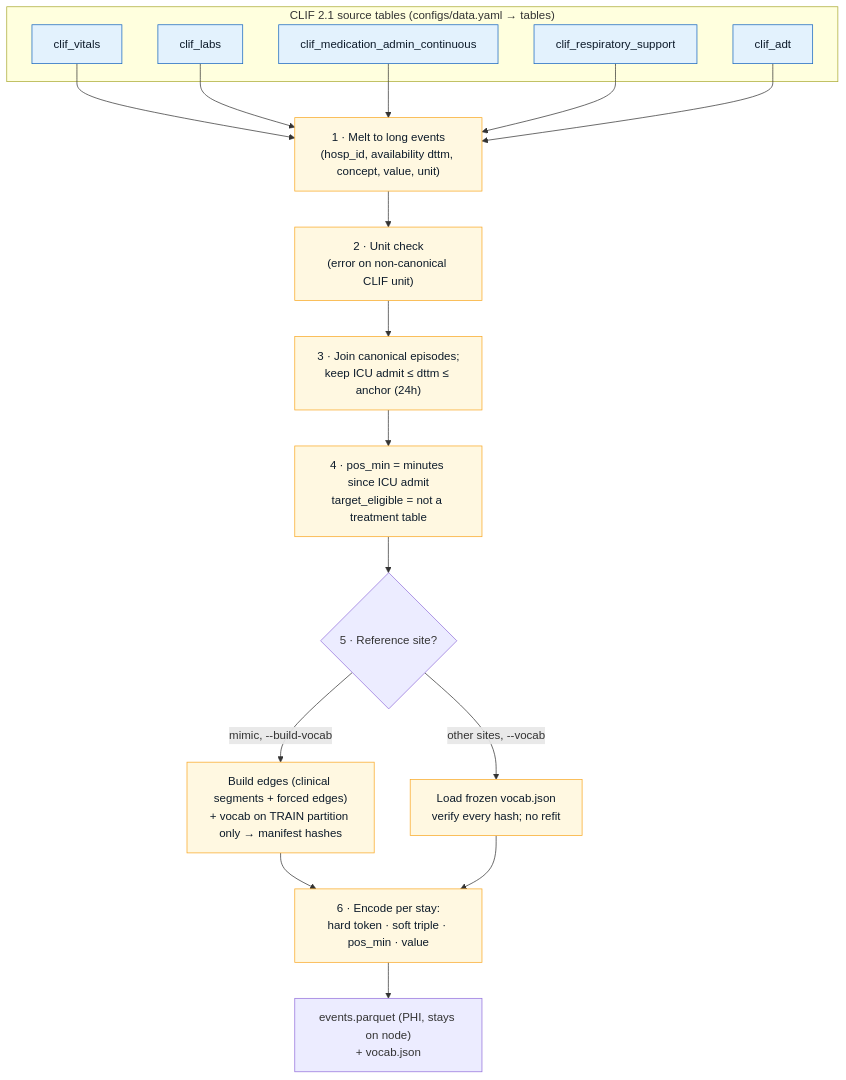
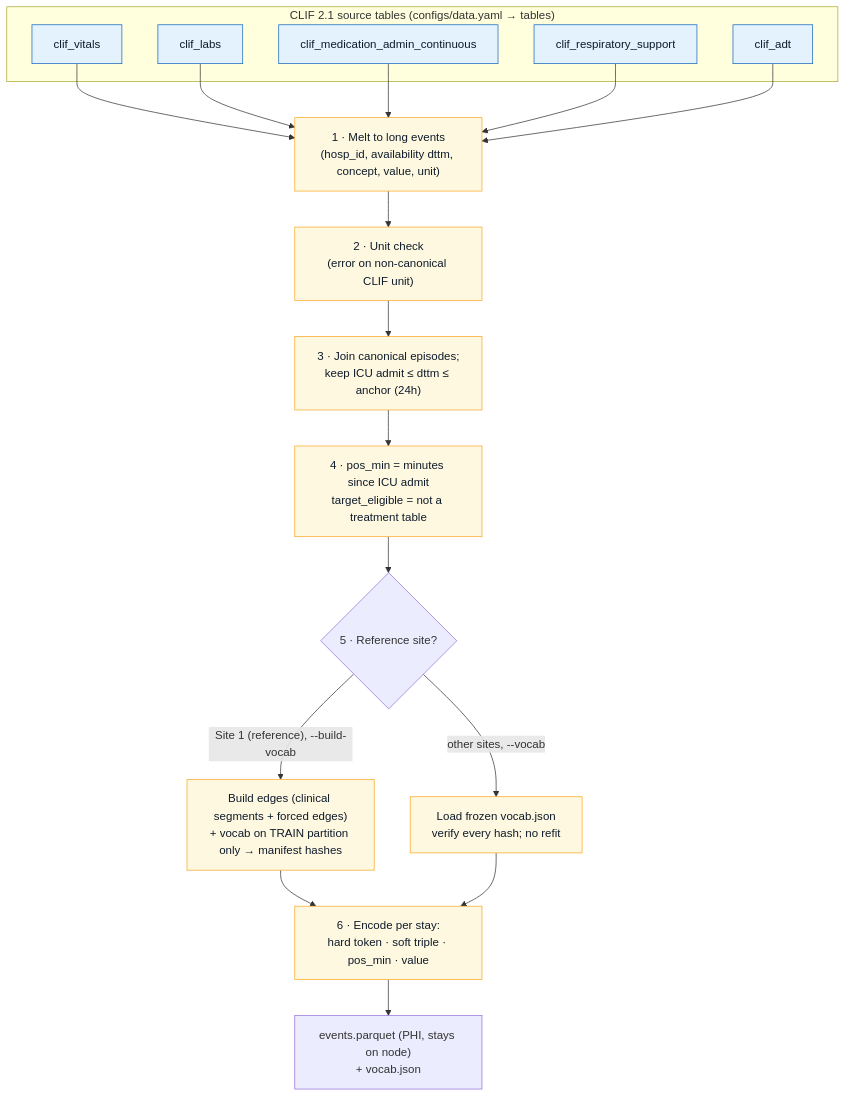
Before and after one commit to sajor2000/clifatron2.0: the first of 4 diagrams in website/docs/data-tokenization.md, drawn with Mermaid. The commit also changed other lines of this file, not shown here.

````diff
--- a/website/docs/data-tokenization.md
+++ b/website/docs/data-tokenization.md
@@ -40,24 +40,24 @@
 ```mermaid
 flowchart TB
     subgraph SRC["CLIF 2.1 source tables (configs/data.yaml → tables)"]
         V["clif_vitals"]
         L["clif_labs"]
         M["clif_medication_admin_continuous"]
         RS["clif_respiratory_support"]
         ADT["clif_adt"]
     end
     V & L & M & RS & ADT --> MELT["1 · Melt to long events<br/>(hosp_id, availability dttm, concept, value, unit)"]
     MELT --> UNIT["2 · Unit check<br/>(error on non-canonical CLIF unit)"]
     UNIT --> WIN["3 · Join canonical episodes;<br/>keep ICU admit ≤ dttm ≤ anchor (24h)"]
     WIN --> POS["4 · pos_min = minutes since ICU admit<br/>target_eligible = not a treatment table"]
     POS --> VOC{"5 · Reference site?"}
-    VOC -->|"mimic, --build-vocab"| BUILD["Build edges (clinical segments + forced edges)<br/>+ vocab on TRAIN partition only → manifest hashes"]
+    VOC -->|"Site 1 (reference), --build-vocab"| BUILD["Build edges (clinical segments + forced edges)<br/>+ vocab on TRAIN partition only → manifest hashes"]
     VOC -->|"other sites, --vocab"| LOAD["Load frozen vocab.json<br/>verify every hash; no refit"]
     BUILD & LOAD --> ENC["6 · Encode per stay:<br/>hard token · soft triple · pos_min · value"]
     ENC --> OUT["events.parquet (PHI, stays on node)<br/>+ vocab.json"]
 
     classDef src fill:#e3f2fd,stroke:#1565c0,color:#0d1b2a;
     classDef step fill:#fff8e1,stroke:#f9a825,color:#0d1b2a;
     class V,L,M,RS,ADT src;
     class MELT,UNIT,WIN,POS,BUILD,LOAD,ENC step;
 ```
````
